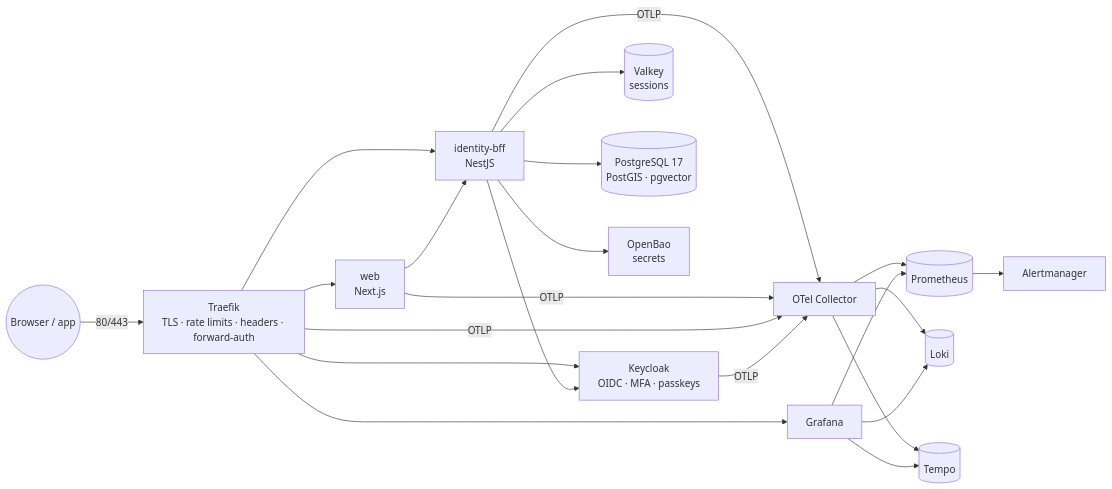
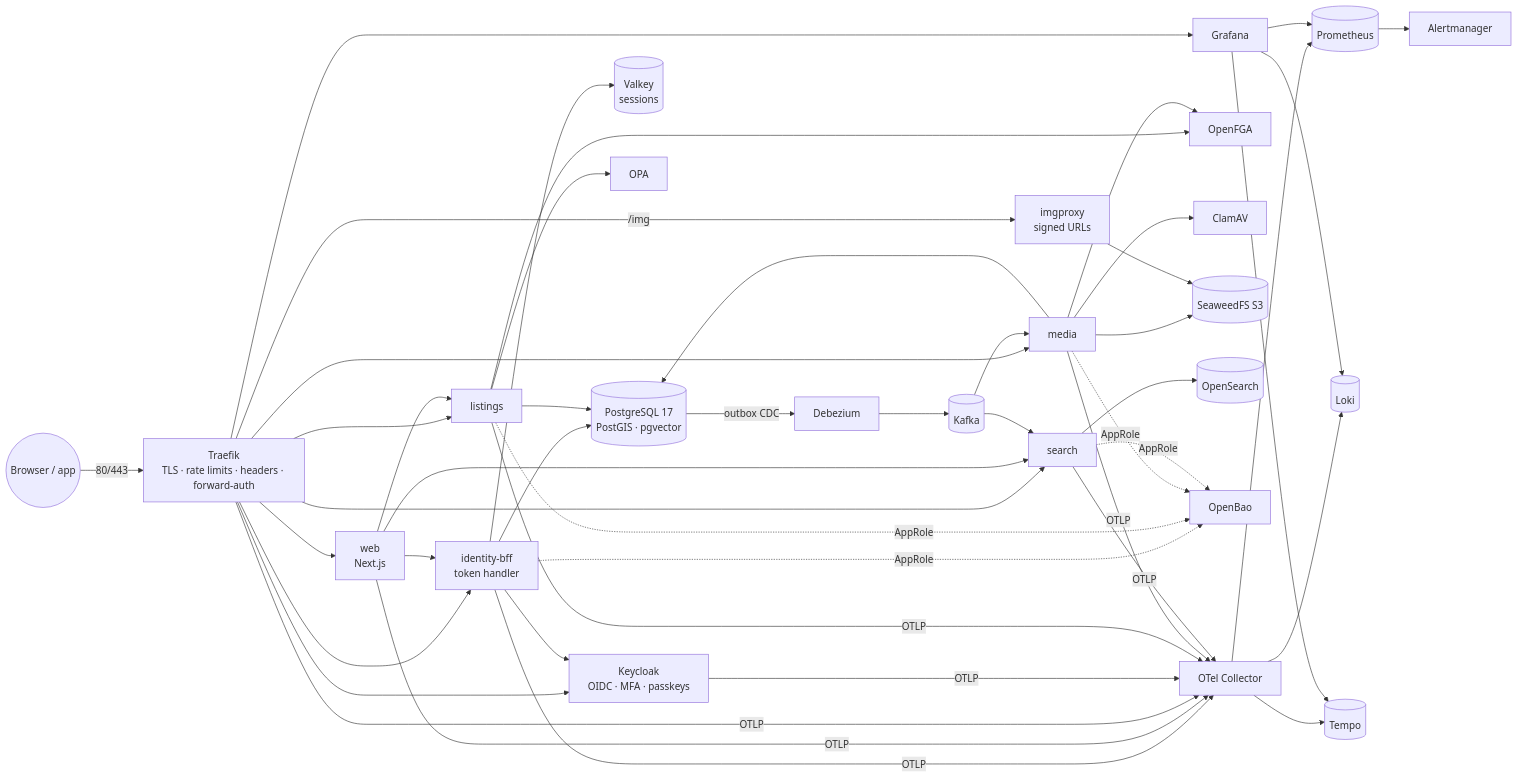
Before and after one commit to Jibsta91/raadi.com: the diagram in README.md, drawn with Mermaid. The commit also changed other lines of this file and 10 other files, not shown here.

````diff
--- a/README.md
+++ b/README.md
@@ -39,17 +39,26 @@
 ```mermaid
 flowchart LR
   U((Browser / app)) -->|80/443| T[Traefik<br/>TLS · rate limits · headers · forward-auth]
   T --> W[web<br/>Next.js]
-  T --> B[identity-bff<br/>NestJS]
+  T --> B[identity-bff<br/>token handler]
+  T --> LS[listings] & SE[search] & ME[media]
+  T -->|/img| IP[imgproxy<br/>signed URLs]
   T --> K[Keycloak<br/>OIDC · MFA · passkeys]
   T --> G[Grafana]
-  W --> B
+  W --> B & SE & LS
   B --> K
   B --> V[(Valkey<br/>sessions)]
-  B --> P[(PostgreSQL 17<br/>PostGIS · pgvector)]
-  B --> O[OpenBao<br/>secrets]
-  B & W & T & K -->|OTLP| C[OTel Collector]
+  B & LS & ME --> P[(PostgreSQL 17<br/>PostGIS · pgvector)]
+  LS & ME --> FGA[OpenFGA]
+  LS --> OPA[OPA]
+  ME --> AV[ClamAV] & S3[(SeaweedFS S3)]
+  IP --> S3
+  P -->|outbox CDC| DBZ[Debezium] --> KA[(Kafka)]
+  KA --> SE & ME
+  SE --> OS[(OpenSearch)]
+  B & LS & ME & SE -.->|AppRole| O[OpenBao]
+  B & W & T & K & LS & ME & SE -->|OTLP| C[OTel Collector]
   C --> PR[(Prometheus)] & L[(Loki)] & TE[(Tempo)]
   PR --> AM[Alertmanager]
   G --> PR & L & TE
 ```
````
